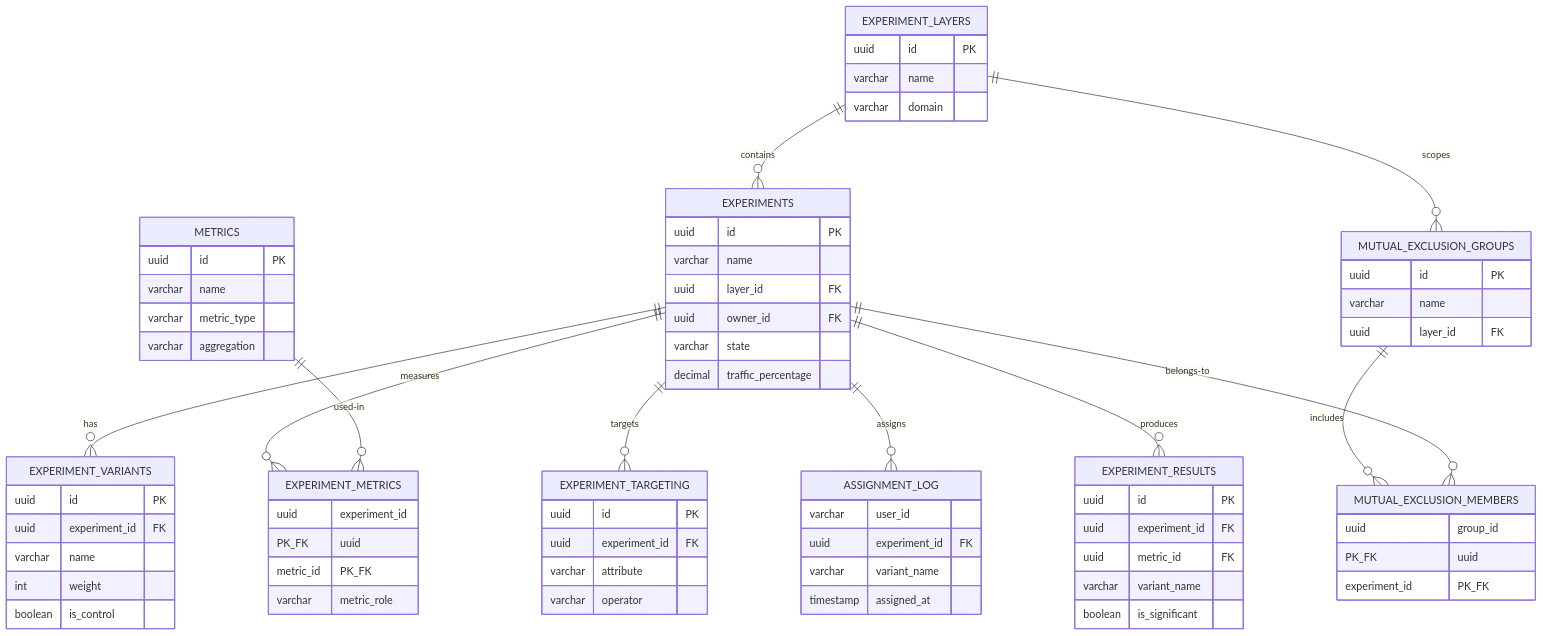
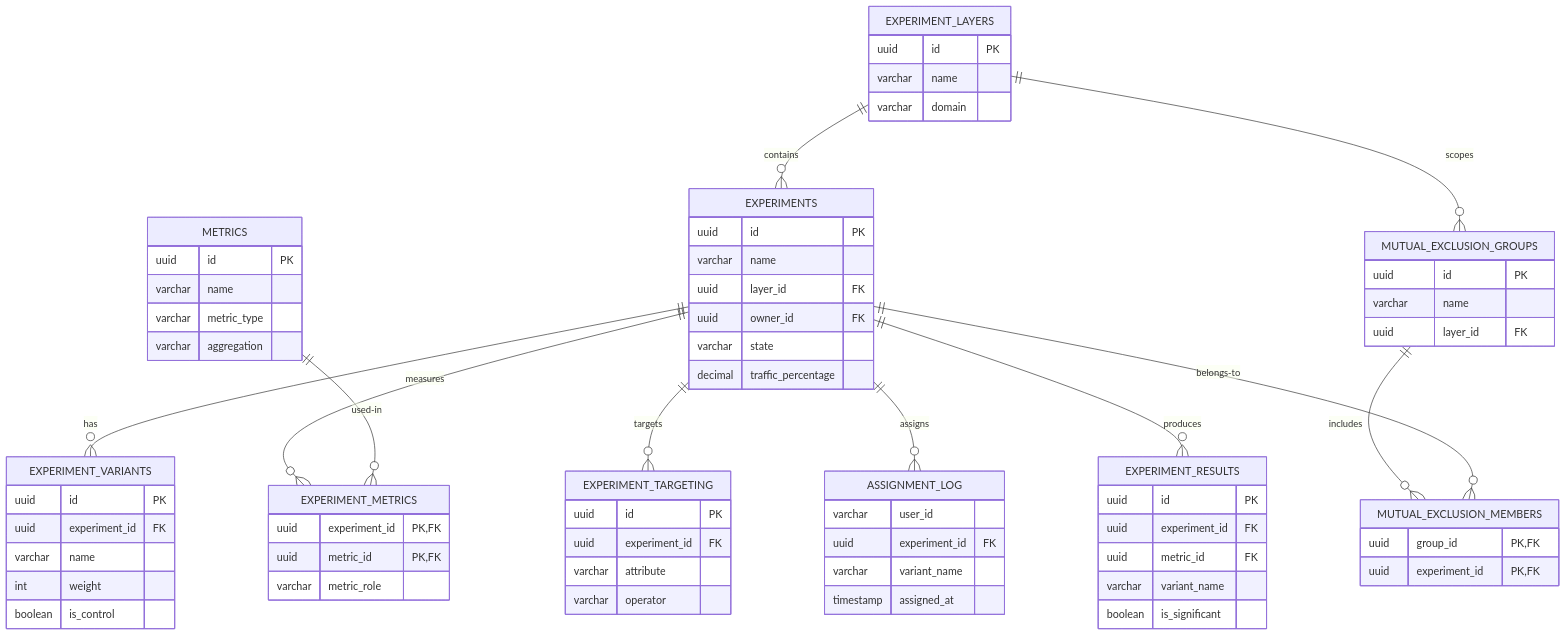
Before and after one commit to harsh786/System-Design: the first of 3 diagrams in HLD/09-data-workflow-analytics/121-ab-testing-experimentation-platform.md, drawn with Mermaid. The commit also changed 118 other files, not shown here.

Commit message:
FIx mermaid diagrams

````diff
--- a/HLD/09-data-workflow-analytics/121-ab-testing-experimentation-platform.md
+++ b/HLD/09-data-workflow-analytics/121-ab-testing-experimentation-platform.md
@@ -550,73 +550,73 @@
 ```mermaid
 erDiagram
     EXPERIMENT_LAYERS {
         uuid id PK
         varchar name
         varchar domain
     }
     EXPERIMENTS {
         uuid id PK
         varchar name
         uuid layer_id FK
         uuid owner_id FK
         varchar state
         decimal traffic_percentage
     }
     EXPERIMENT_VARIANTS {
         uuid id PK
         uuid experiment_id FK
         varchar name
         int weight
         boolean is_control
     }
     METRICS {
         uuid id PK
         varchar name
         varchar metric_type
         varchar aggregation
     }
     EXPERIMENT_METRICS {
-        uuid experiment_id PK_FK
-        uuid metric_id PK_FK
+        uuid experiment_id PK,FK
+        uuid metric_id PK,FK
         varchar metric_role
     }
     EXPERIMENT_TARGETING {
         uuid id PK
         uuid experiment_id FK
         varchar attribute
         varchar operator
     }
     MUTUAL_EXCLUSION_GROUPS {
         uuid id PK
         varchar name
         uuid layer_id FK
     }
     MUTUAL_EXCLUSION_MEMBERS {
-        uuid group_id PK_FK
-        uuid experiment_id PK_FK
+        uuid group_id PK,FK
+        uuid experiment_id PK,FK
     }
     ASSIGNMENT_LOG {
         varchar user_id
         uuid experiment_id FK
         varchar variant_name
         timestamp assigned_at
     }
     EXPERIMENT_RESULTS {
         uuid id PK
         uuid experiment_id FK
         uuid metric_id FK
         varchar variant_name
         boolean is_significant
     }
 
     EXPERIMENT_LAYERS ||--o{ EXPERIMENTS : contains
     EXPERIMENTS ||--o{ EXPERIMENT_VARIANTS : has
     EXPERIMENTS ||--o{ EXPERIMENT_METRICS : measures
     METRICS ||--o{ EXPERIMENT_METRICS : used-in
     EXPERIMENTS ||--o{ EXPERIMENT_TARGETING : targets
     EXPERIMENTS ||--o{ ASSIGNMENT_LOG : assigns
     EXPERIMENTS ||--o{ EXPERIMENT_RESULTS : produces
     EXPERIMENT_LAYERS ||--o{ MUTUAL_EXCLUSION_GROUPS : scopes
     MUTUAL_EXCLUSION_GROUPS ||--o{ MUTUAL_EXCLUSION_MEMBERS : includes
     EXPERIMENTS ||--o{ MUTUAL_EXCLUSION_MEMBERS : belongs-to
 ```
````
